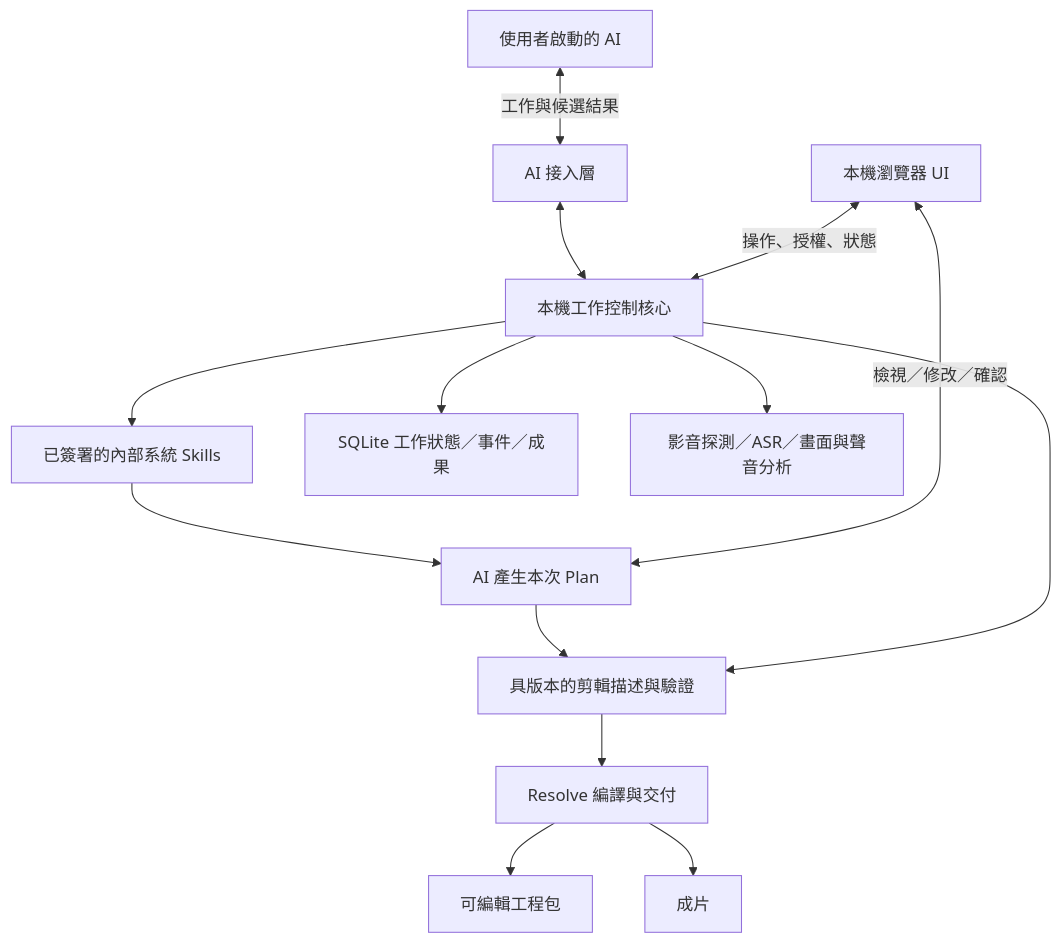
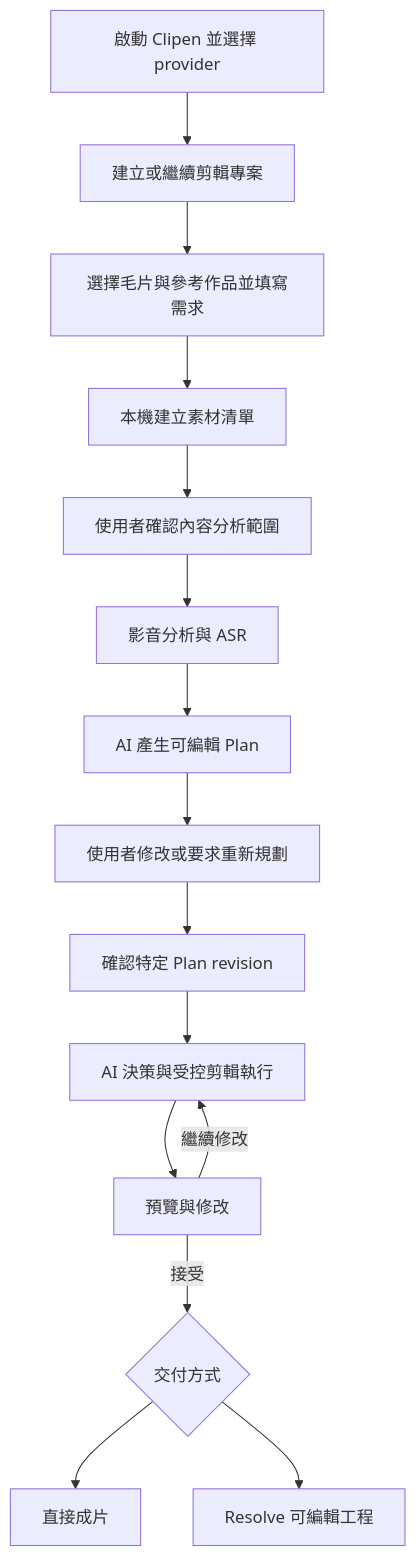
The first of 3 diagrams in ARCHITECTURE.md (IMGMANISME/clipen), drawn with Mermaid before and after one commit. The commit also changed other lines of this file and 68 other files, not shown here.

First line of the commit message:
Rebuild Clipen around the local editing workspace architecture (#3)

````diff
--- a/ARCHITECTURE.md
+++ b/ARCHITECTURE.md
@@ -31,16 +52,17 @@
 ```mermaid
 flowchart TD
-    A[使用者啟動的 AI] <-->|工作與候選結果| B[AI 接入層]
-    B <--> C[本機工作控制核心]
-    U[本機瀏覽器 UI] <-->|操作、授權、狀態| C
-    C --> S[已簽署的內部系統 Skills]
-    S --> L[AI 產生本次 Plan]
-    U <-->|檢視／修改／確認| L
-    L --> E
-    C --> D[SQLite 工作狀態／事件／成果]
-    C --> M[影音探測／ASR／畫面與聲音分析]
-    C --> E[具版本的剪輯描述與驗證]
-    E --> R[Resolve 編譯與交付]
-    R --> P[可編輯工程包]
-    R --> V[成片]
+    A[啟動 Clipen 並選擇 provider] --> B[建立或繼續剪輯專案]
+    B --> C[選擇毛片與參考作品並填寫需求]
+    C --> D[本機建立素材清單]
+    D --> E[使用者確認內容分析範圍]
+    E --> F[影音分析與 ASR]
+    F --> G[AI 產生可編輯 Plan]
+    G --> H[使用者修改或要求重新規劃]
+    H --> I[確認特定 Plan revision]
+    I --> J[AI 決策與受控剪輯執行]
+    J --> K[預覽與修改]
+    K -->|繼續修改| J
+    K -->|接受| L{交付方式}
+    L --> M[直接成片]
+    L --> N[Resolve 可編輯工程]
 ```
````
